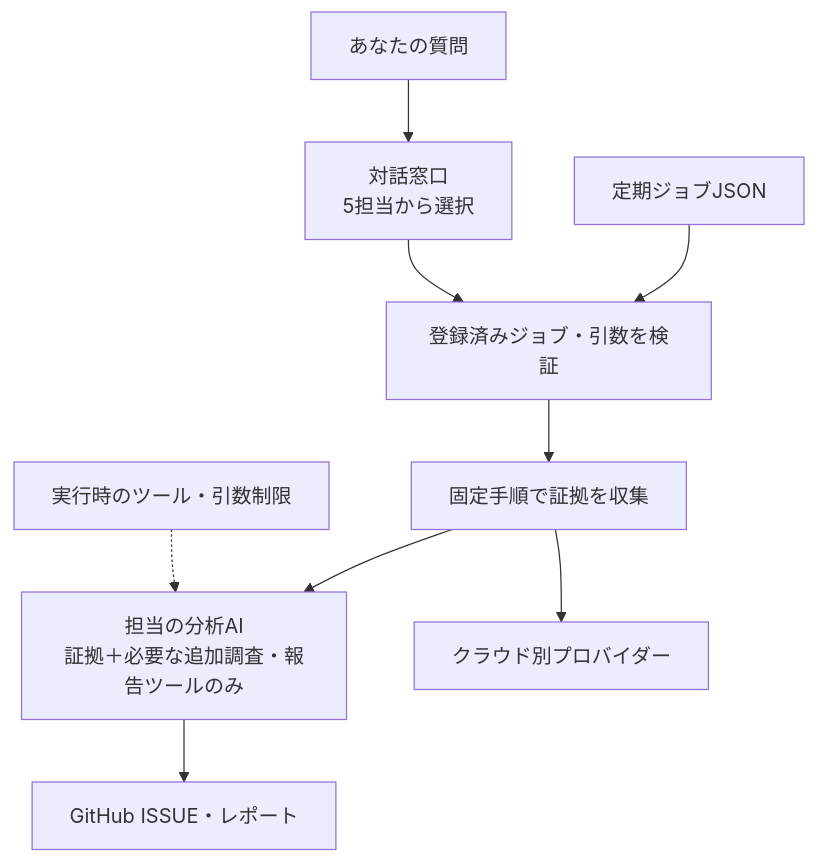
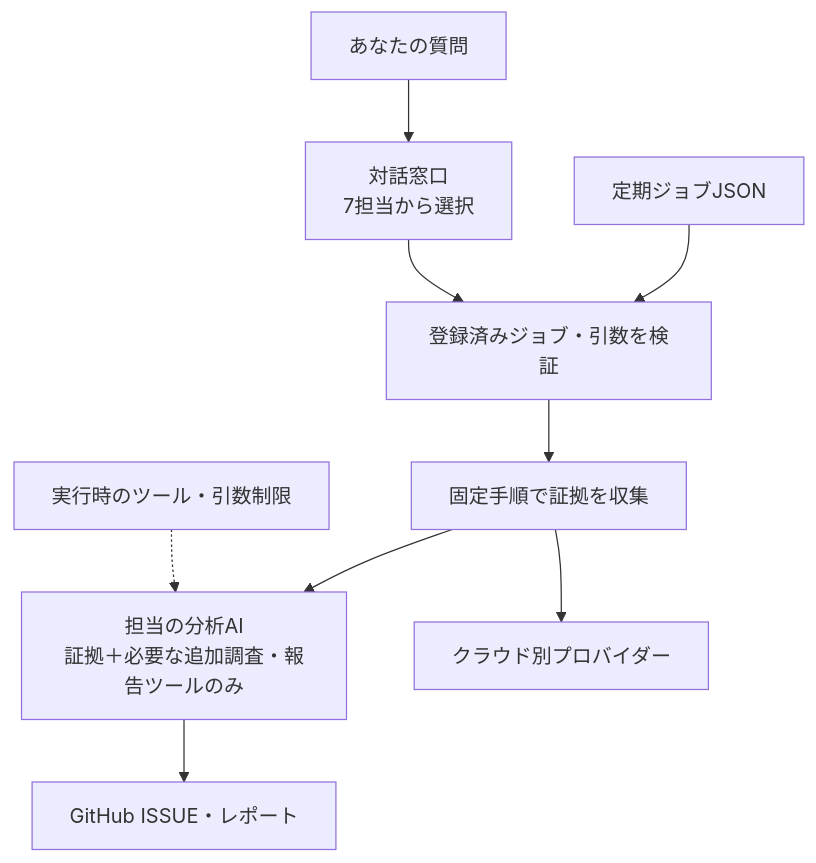
One commit to atsuki-sakai/cloud-ops-team changed the second of 2 diagrams in README.ja.md. Above: the diagram before and after it, drawn with Mermaid. The commit also changed other lines of this file and 51 other files, not shown here.

````diff
--- a/README.ja.md
+++ b/README.ja.md
@@ -201,11 +204,11 @@
 ```mermaid
 flowchart TB
     SCH["定期ジョブJSON"] --> R["登録済みジョブ・引数を検証"]
-    Q["あなたの質問"] --> L["対話窓口<br/>5担当から選択"]
+    Q["あなたの質問"] --> L["対話窓口<br/>7担当から選択"]
     L --> R
     R --> C["固定手順で証拠を収集"]
     C --> A["担当の分析AI<br/>証拠＋必要な追加調査・報告ツールのみ"]
     C --> P["クラウド別プロバイダー"]
     A --> G["GitHub ISSUE・レポート"]
     S["実行時のツール・引数制限"] -.-> A
 ```
````
